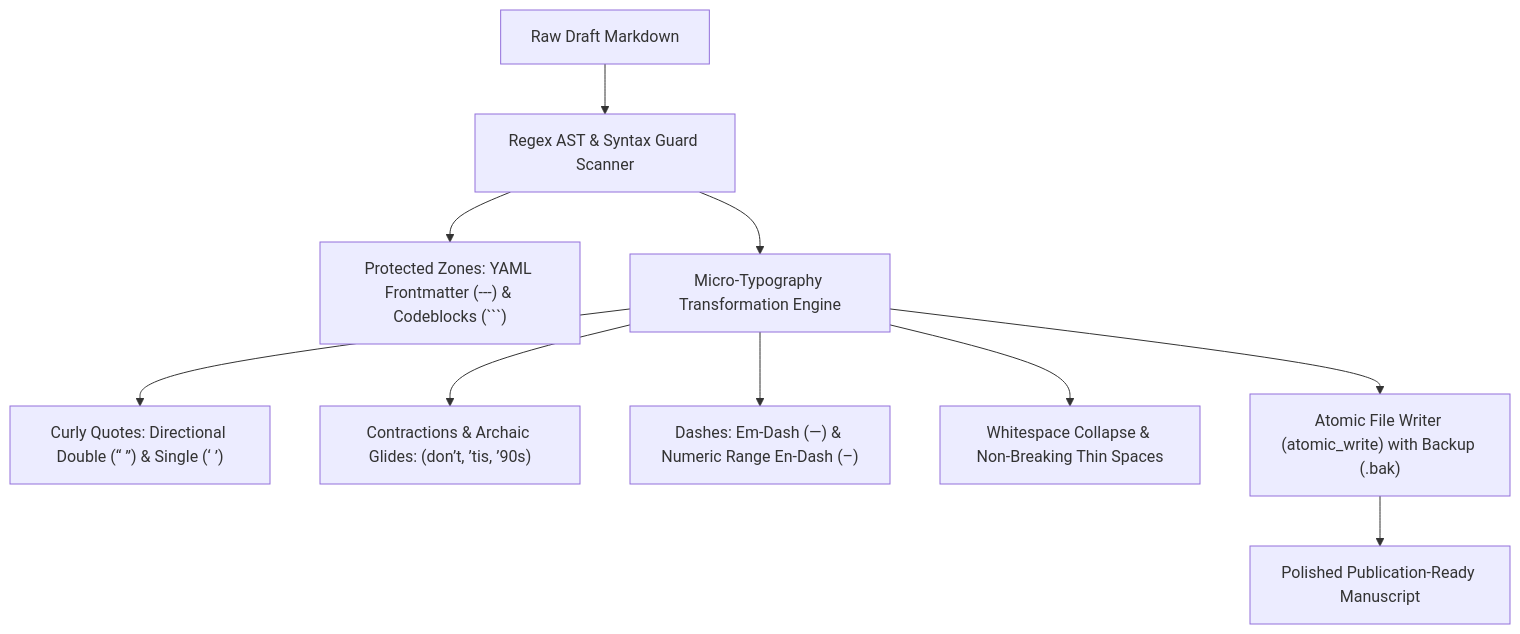
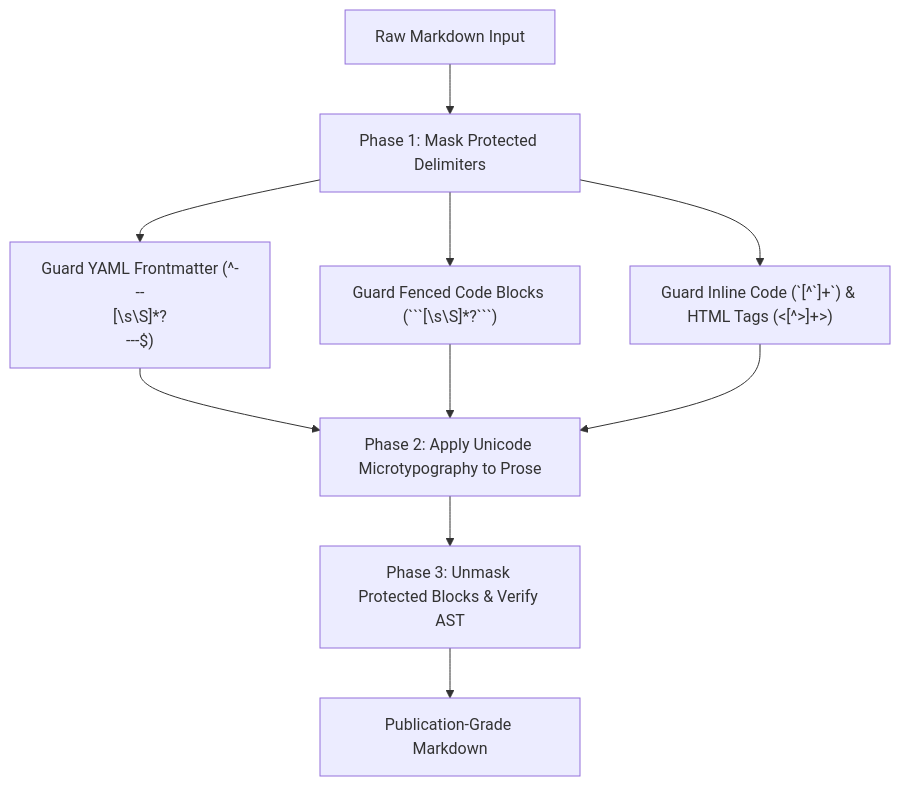
The first of 2 diagrams in docs/TYPOGRAPHY.md (aryansinghnagar/Ars-Arcanum), drawn with Mermaid before and after one commit. The commit also changed other lines of this file and 239 other files, not shown here.

First line of the commit message:
feat(v5.0.0): streamline to 47 deterministic engines, zero-pip architecture, and encyclopedic craft references

````diff
--- a/docs/TYPOGRAPHY.md
+++ b/docs/TYPOGRAPHY.md
@@ -22,14 +111,11 @@
 ```mermaid
 flowchart TD
-    RawDraft["Raw Draft Markdown"] --> Scanner["Regex AST & Syntax Guard Scanner"]
-    Scanner --> Exclusions["Protected Zones: YAML Frontmatter (---) & Codeblocks (```)"]
+    Raw["Raw Markdown Input"] --> MaskPass["Phase 1: Mask Protected Delimiters"]
+    MaskPass --> Guard1["Guard YAML Frontmatter (^---\n[\s\S]*?\n---$)"]
+    MaskPass --> Guard2["Guard Fenced Code Blocks (```[\s\S]*?```)"]
+    MaskPass --> Guard3["Guard Inline Code (`[^`]+`) & HTML Tags (<[^>]+>)"]
     
-    Scanner --> TransformEngine["Micro-Typography Transformation Engine"]
-    TransformEngine --> Quotes["Curly Quotes: Directional Double (“ ”) & Single (‘ ’)"]
-    TransformEngine --> Apostrophes["Contractions & Archaic Glides: (don’t, ’tis, ’90s)"]
-    TransformEngine --> Dashes["Dashes: Em-Dash (—) & Numeric Range En-Dash (–)"]
-    TransformEngine --> Spacing["Whitespace Collapse & Non-Breaking Thin Spaces"]
-    
-    TransformEngine --> AtomicWriter["Atomic File Writer (atomic_write) with Backup (.bak)"]
-    AtomicWriter --> PolishedMD["Polished Publication-Ready Manuscript"]
+    Guard1 & Guard2 & Guard3 --> ProseEngine["Phase 2: Apply Unicode Microtypography to Prose"]
+    ProseEngine --> UnmaskPass["Phase 3: Unmask Protected Blocks & Verify AST"]
+    UnmaskPass --> Output["Publication-Grade Markdown"]
 ```
````
